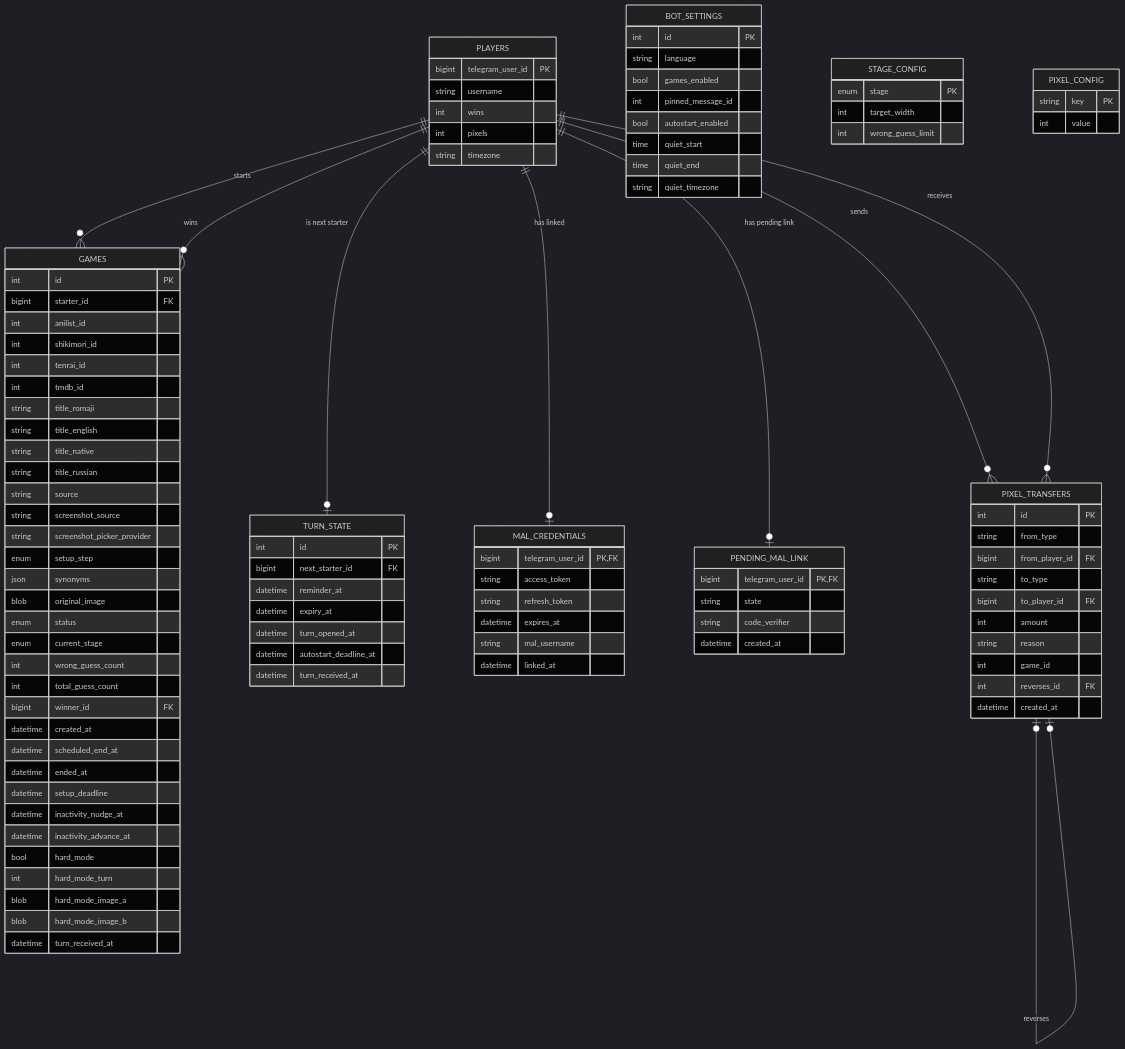
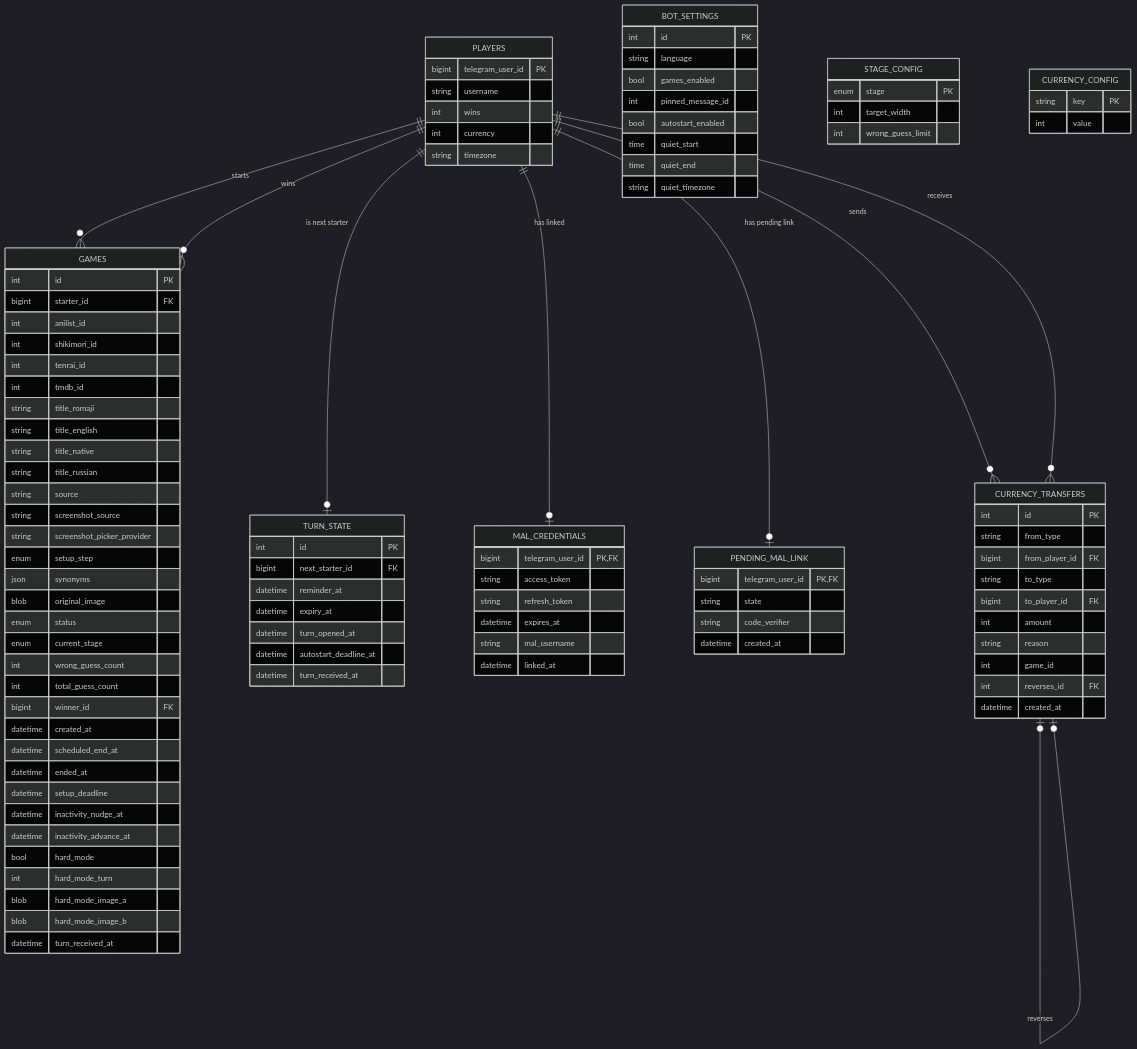
One commit to sm-steel/nani-pix-bot changed the second of 2 diagrams in ARCHITECTURE.md. Above: the diagram before and after it, drawn with Mermaid (dark theme). The commit also changed other lines of this file and 36 other files, not shown here.

Commit message:
refactor(economy): name the currency "currency" in code, keep "pixel" for display (#208)

```diff
--- a/ARCHITECTURE.md
+++ b/ARCHITECTURE.md
@@ -655,15 +655,15 @@
     PLAYERS ||--o| TURN_STATE : "is next starter"
     PLAYERS ||--o| MAL_CREDENTIALS : "has linked"
     PLAYERS ||--o| PENDING_MAL_LINK : "has pending link"
-    PLAYERS ||--o{ PIXEL_TRANSFERS : "sends"
-    PLAYERS ||--o{ PIXEL_TRANSFERS : "receives"
-    PIXEL_TRANSFERS |o--o| PIXEL_TRANSFERS : reverses
+    PLAYERS ||--o{ CURRENCY_TRANSFERS : "sends"
+    PLAYERS ||--o{ CURRENCY_TRANSFERS : "receives"
+    CURRENCY_TRANSFERS |o--o| CURRENCY_TRANSFERS : reverses
 
     PLAYERS {
         bigint telegram_user_id PK
         string username
         int wins
-        int pixels
+        int currency
         string timezone
     }
     GAMES {
@@ -738,7 +738,7 @@
         string code_verifier
         datetime created_at
     }
-    PIXEL_TRANSFERS {
+    CURRENCY_TRANSFERS {
         int id PK
         string from_type
         bigint from_player_id FK
@@ -750,7 +750,7 @@
         int reverses_id FK
         datetime created_at
     }
-    PIXEL_CONFIG {
+    CURRENCY_CONFIG {
         string key PK
         int value
     }
```
